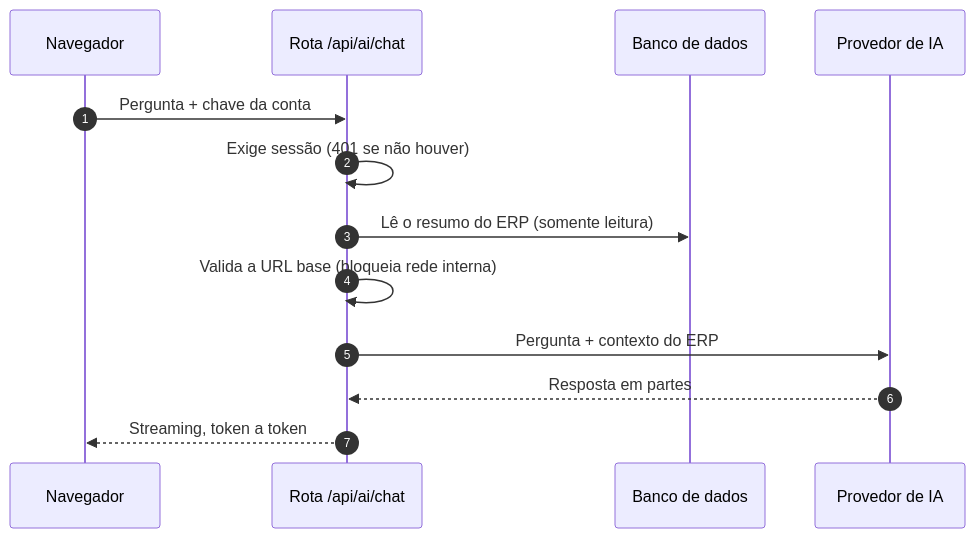
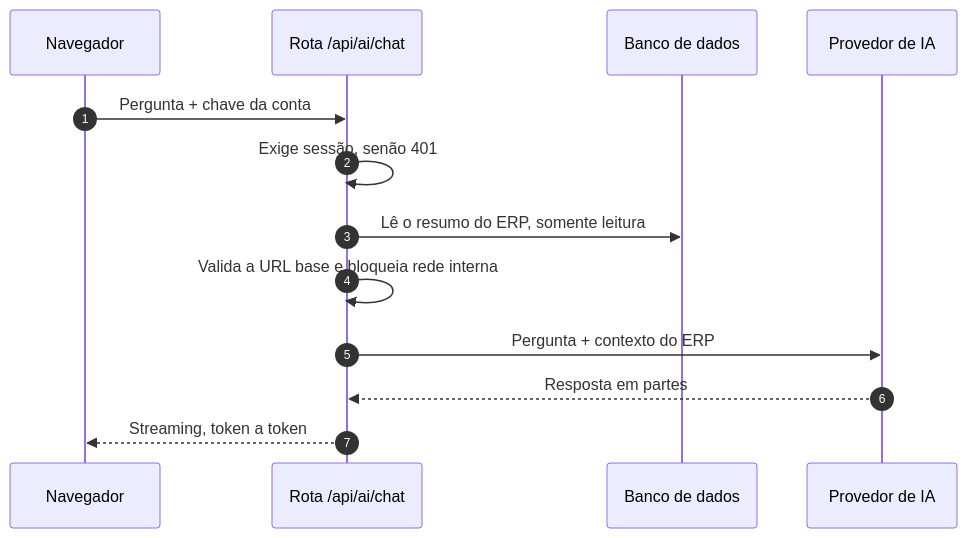
The second of 9 diagrams in README.md (henji-ware/erp), drawn with Mermaid before and after one commit. The commit also changed other lines of this file, not shown here.

````diff
--- a/README.md
+++ b/README.md
@@ -90,16 +134,16 @@
 ```mermaid
 sequenceDiagram
     autonumber
     participant N as Navegador
     participant R as Rota /api/ai/chat
     participant D as Banco de dados
     participant P as Provedor de IA
 
     N->>R: Pergunta + chave da conta
-    R->>R: Exige sessão (401 se não houver)
-    R->>D: Lê o resumo do ERP (somente leitura)
-    R->>R: Valida a URL base (bloqueia rede interna)
+    R->>R: Exige sessão, senão 401
+    R->>D: Lê o resumo do ERP, somente leitura
+    R->>R: Valida a URL base e bloqueia rede interna
     R->>P: Pergunta + contexto do ERP
     P-->>R: Resposta em partes
     R-->>N: Streaming, token a token
 ```
````
